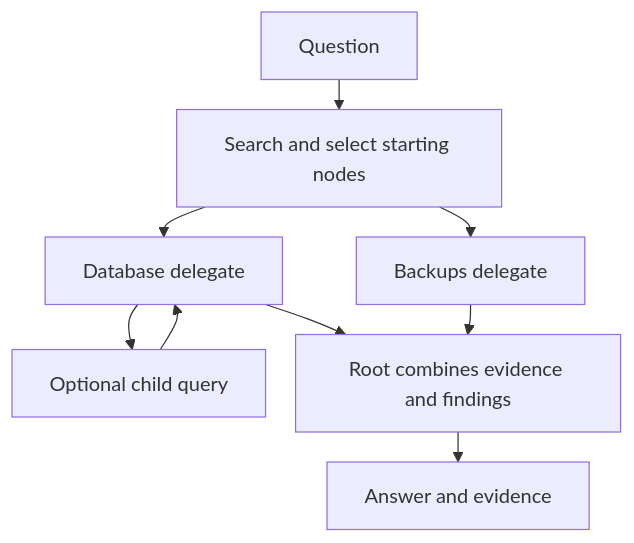
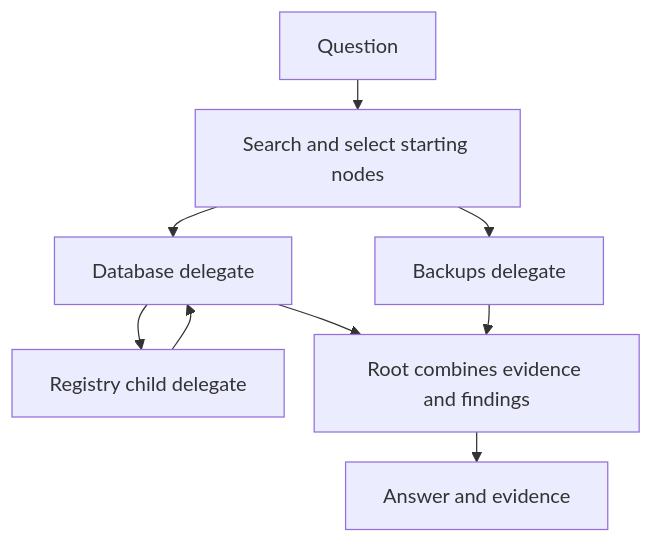
One commit to simjay/llgm changed the diagram in docs/guide/architecture.md. Above: the diagram before and after it, drawn with Mermaid. The commit also changed other lines of this file and 26 other files, not shown here.

````diff
--- a/docs/guide/architecture.md
+++ b/docs/guide/architecture.md
@@ -63,12 +59,12 @@
 ```{mermaid}
 %%{init: {'flowchart': {'rankSpacing': 24, 'nodeSpacing': 24}}}%%
 flowchart TD
     Question[Question] --> Seeds[Search and select starting nodes]
     Seeds --> Database[Database delegate]
     Seeds --> Backups[Backups delegate]
-    Database --> Child[Optional child query]
+    Database --> Child[Registry child delegate]
     Child --> Database
     Database --> Root[Root combines evidence and findings]
     Backups --> Root
     Root --> Result[Answer and evidence]
 ```
````
